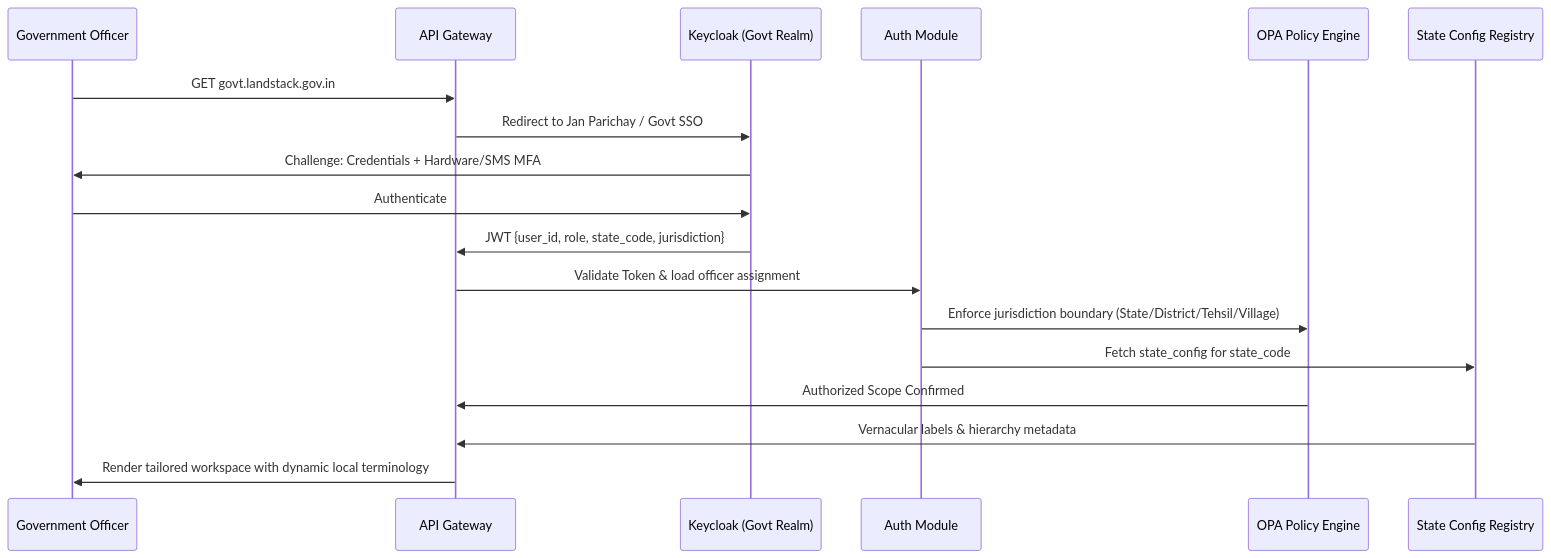
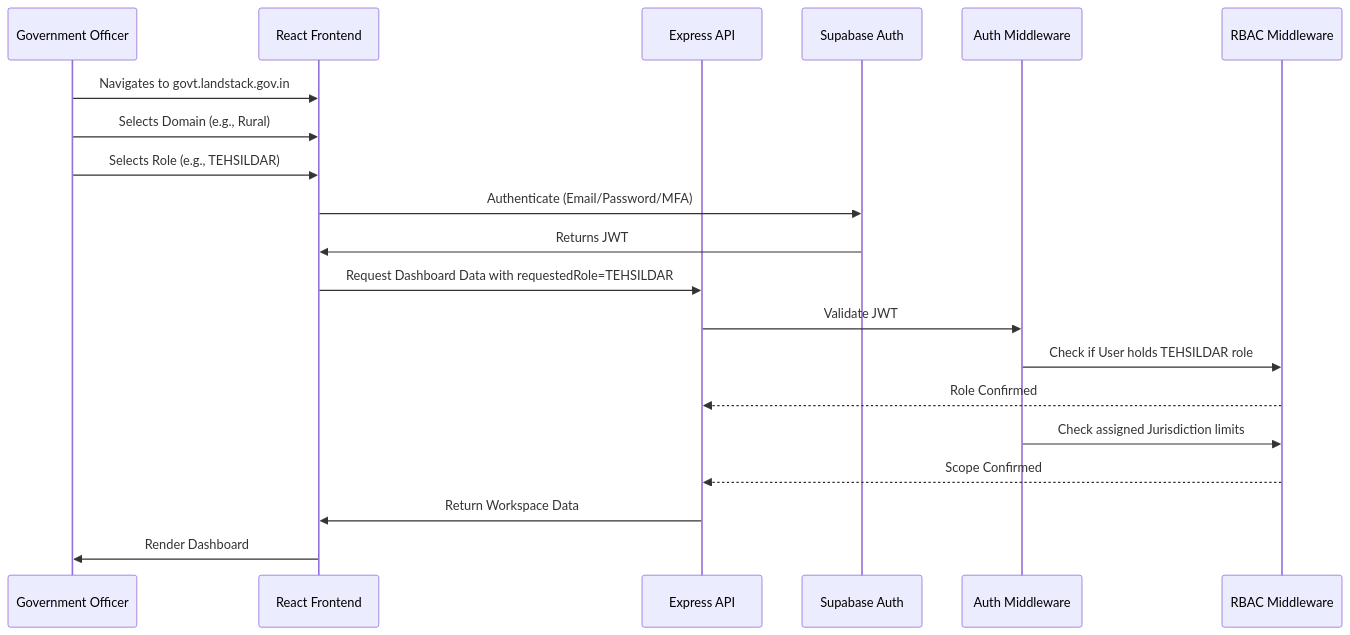
Before and after one commit to Abhishekgujar28/LAND-STACK: the second of 2 diagrams in docs/main-docs/GOVERNMENT_PORTAL_ARCHITECTURE.md, drawn with Mermaid. The commit also changed other lines of this file and 53 other files, not shown here.

````diff
--- a/docs/main-docs/GOVERNMENT_PORTAL_ARCHITECTURE.md
+++ b/docs/main-docs/GOVERNMENT_PORTAL_ARCHITECTURE.md
@@ -57,21 +59,23 @@
 ```mermaid
 sequenceDiagram
     participant O as Government Officer
-    participant GW as API Gateway
-    participant KC as Keycloak (Govt Realm)
-    participant AUTH as Auth Module
-    participant OPA as OPA Policy Engine
-    participant CONF as State Config Registry
+    participant UI as React Frontend
+    participant GW as Express API
+    participant SUPA as Supabase Auth
+    participant AUTH as Auth Middleware
+    participant MW as RBAC Middleware
 
-    O->>GW: GET govt.landstack.gov.in
-    GW->>KC: Redirect to Jan Parichay / Govt SSO
-    KC->>O: Challenge: Credentials + Hardware/SMS MFA
-    O->>KC: Authenticate
-    KC->>GW: JWT {user_id, role, state_code, jurisdiction}
-    GW->>AUTH: Validate Token & load officer assignment
-    AUTH->>OPA: Enforce jurisdiction boundary (State/District/Tehsil/Village)
-    AUTH->>CONF: Fetch state_config for state_code
-    OPA->>GW: Authorized Scope Confirmed
-    CONF->>GW: Vernacular labels & hierarchy metadata
-    GW->>O: Render tailored workspace with dynamic local terminology
+    O->>UI: Navigates to govt.landstack.gov.in
+    O->>UI: Selects Domain (e.g., Rural)
+    O->>UI: Selects Role (e.g., TEHSILDAR)
+    UI->>SUPA: Authenticate (Email/Password/MFA)
+    SUPA->>UI: Returns JWT
+    UI->>GW: Request Dashboard Data with requestedRole=TEHSILDAR
+    GW->>AUTH: Validate JWT
+    AUTH->>MW: Check if User holds TEHSILDAR role
+    MW-->>GW: Role Confirmed
+    AUTH->>MW: Check assigned Jurisdiction limits
+    MW-->>GW: Scope Confirmed
+    GW->>UI: Return Workspace Data
+    UI->>O: Render Dashboard
 ```
````
